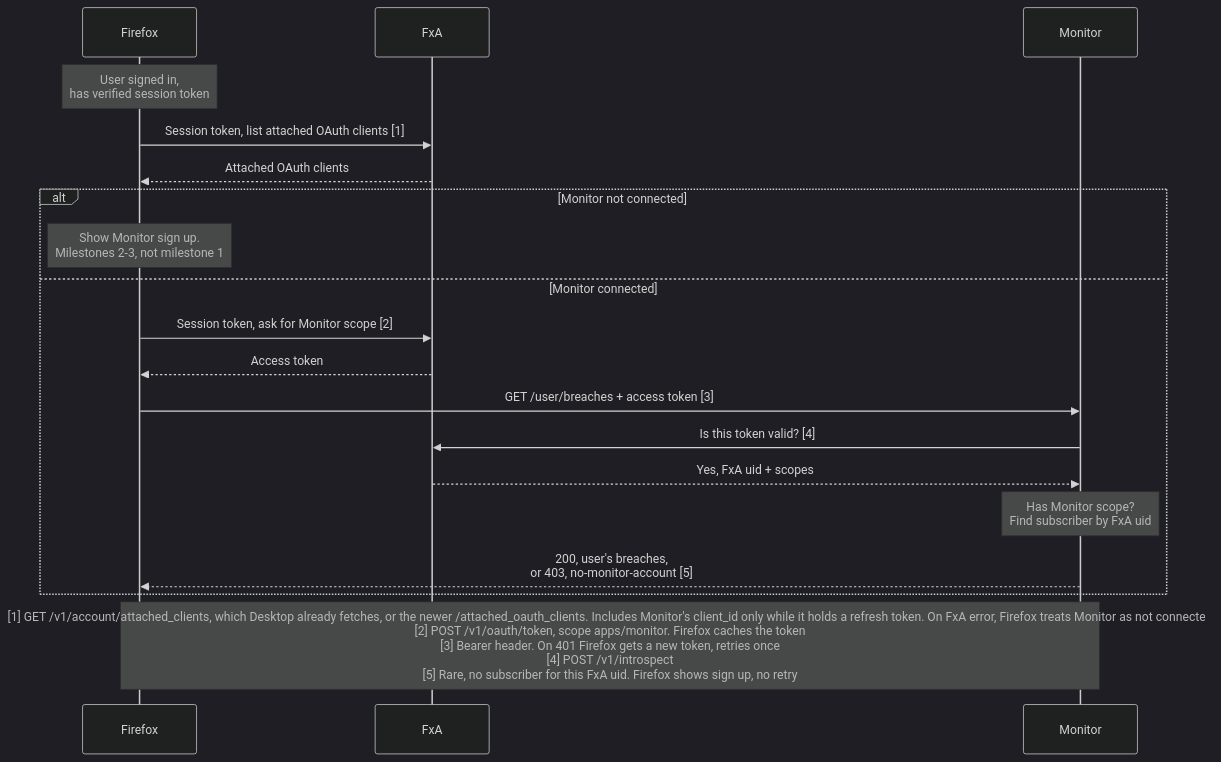
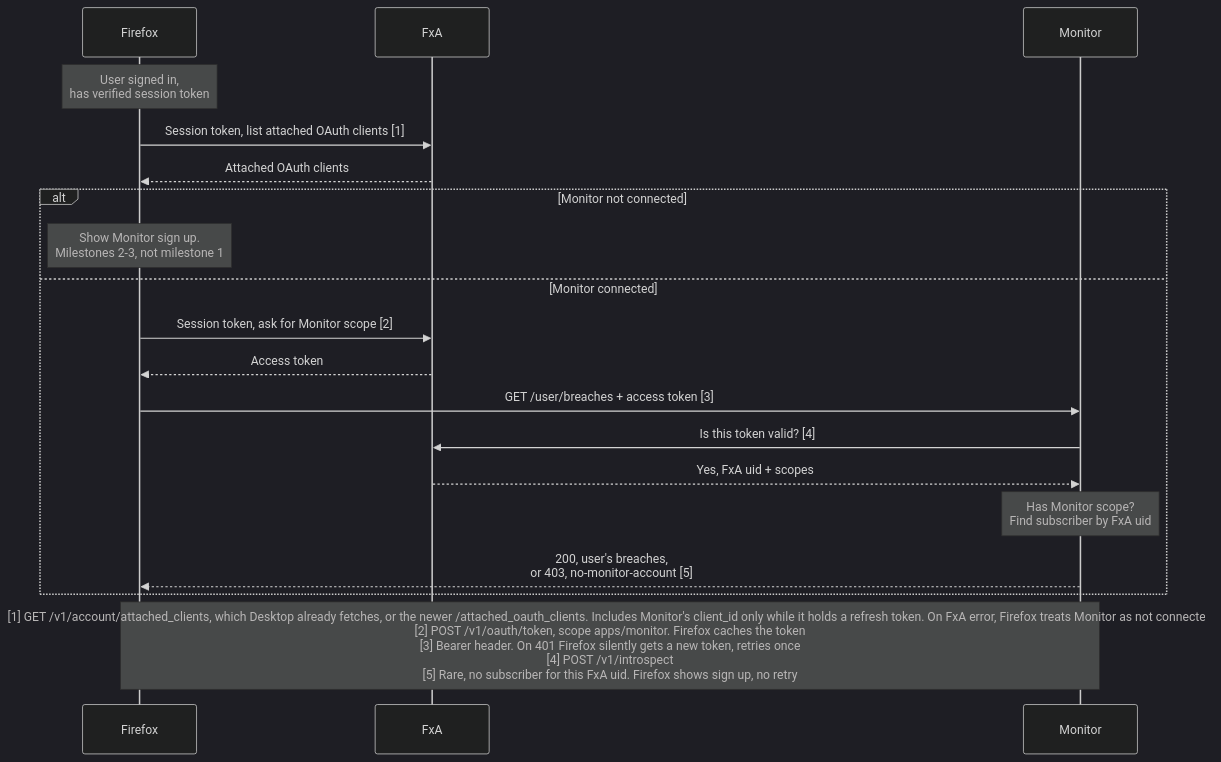
Before and after one commit to mozilla/blurts-server: the diagram in docs/architecture/flows/firefox-api-auth.md, drawn with Mermaid (dark theme).

Commit message:
docs(fx-api): say a 401 refresh needs no user prompt

````diff
--- a/docs/architecture/flows/firefox-api-auth.md
+++ b/docs/architecture/flows/firefox-api-auth.md
@@ -37,23 +37,23 @@
 ```mermaid
 sequenceDiagram
     participant FE as Firefox
     participant FxA
     participant BE as Monitor
 
     Note over FE: User signed in,<br/>has verified session token
     FE->>FxA: Session token, list attached OAuth clients [1]
     FxA-->>FE: Attached OAuth clients
     alt Monitor not connected
         Note over FE: Show Monitor sign up.<br/>Milestones 2-3, not milestone 1
     else Monitor connected
         FE->>FxA: Session token, ask for Monitor scope [2]
         FxA-->>FE: Access token
         FE->>BE: GET /user/breaches + access token [3]
         BE->>FxA: Is this token valid? [4]
         FxA-->>BE: Yes, FxA uid + scopes
         Note over BE: Has Monitor scope?<br/>Find subscriber by FxA uid
         BE-->>FE: 200, user's breaches,<br/>or 403, no-monitor-account [5]
     end
 
-    Note over FE,BE: [1] GET /v1/account/attached_clients, which Desktop already fetches, or the newer /attached_oauth_clients. Includes Monitor's client_id only while it holds a refresh token. On FxA error, Firefox treats Monitor as not connected<br/>[2] POST /v1/oauth/token, scope apps/monitor. Firefox caches the token<br/>[3] Bearer header. On 401 Firefox gets a new token, retries once<br/>[4] POST /v1/introspect<br/>[5] Rare, no subscriber for this FxA uid. Firefox shows sign up, no retry
+    Note over FE,BE: [1] GET /v1/account/attached_clients, which Desktop already fetches, or the newer /attached_oauth_clients. Includes Monitor's client_id only while it holds a refresh token. On FxA error, Firefox treats Monitor as not connected<br/>[2] POST /v1/oauth/token, scope apps/monitor. Firefox caches the token<br/>[3] Bearer header. On 401 Firefox silently gets a new token, retries once<br/>[4] POST /v1/introspect<br/>[5] Rare, no subscriber for this FxA uid. Firefox shows sign up, no retry
 ```
````
